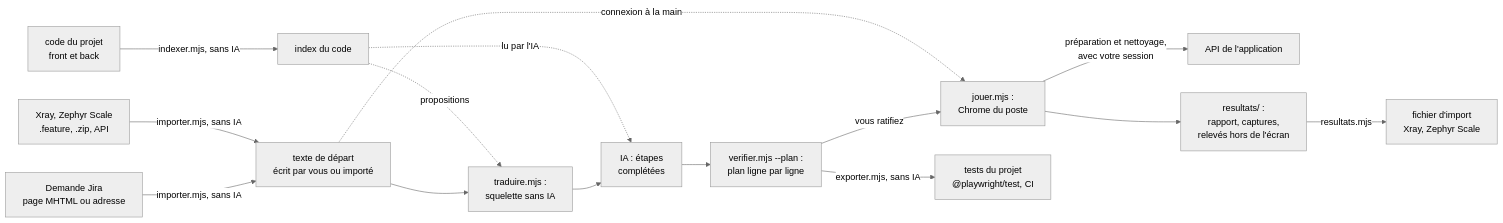
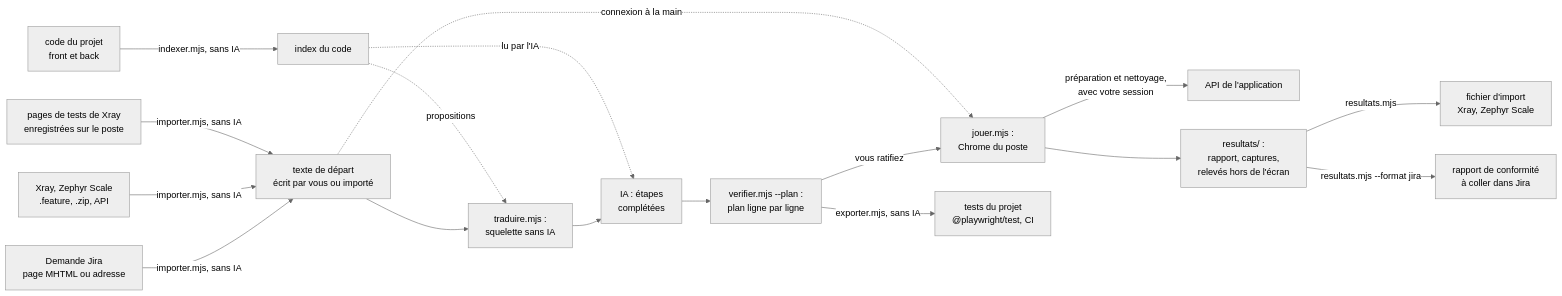
One commit to FredGarcia/Agent2Prompt changed the diagram in docs/scenario-playwright/mode-emploi.md. Above: the diagram before and after it, drawn with Mermaid (neutral theme). The commit also changed other lines of this file and 24 other files, not shown here.

````diff
--- a/docs/scenario-playwright/mode-emploi.md
+++ b/docs/scenario-playwright/mode-emploi.md
@@ -5,17 +5,19 @@
 ```mermaid
 flowchart LR
   JI["Demande Jira<br/>page MHTML ou adresse"] -->|"importer.mjs, sans IA"| V
   XZ["Xray, Zephyr Scale<br/>.feature, .zip, API"] -->|"importer.mjs, sans IA"| V
+  PG["pages de tests de Xray<br/>enregistrées sur le poste"] -->|"importer.mjs, sans IA"| V
   V["texte de départ<br/>écrit par vous ou importé"] --> T["traduire.mjs :<br/>squelette sans IA"]
   C["code du projet<br/>front et back"] -->|"indexer.mjs, sans IA"| X["index du code"]
   X -.->|"propositions"| T
   T --> IA["IA : étapes<br/>complétées"]
   X -.->|"lu par l'IA"| IA
   IA --> P["verifier.mjs --plan :<br/>plan ligne par ligne"]
   P -->|"vous ratifiez"| J["jouer.mjs :<br/>Chrome du poste"]
   V -.->|"connexion à la main"| J
   J -->|"préparation et nettoyage,<br/>avec votre session"| API["API de l'application"]
   J --> R["resultats/ :<br/>rapport, captures,<br/>relevés hors de l'écran"]
   P -->|"exporter.mjs, sans IA"| E["tests du projet<br/>@playwright/test, CI"]
   R -->|"resultats.mjs"| XR["fichier d'import<br/>Xray, Zephyr Scale"]
+  R -->|"resultats.mjs --format jira"| CF["rapport de conformité<br/>à coller dans Jira"]
 ```
````
